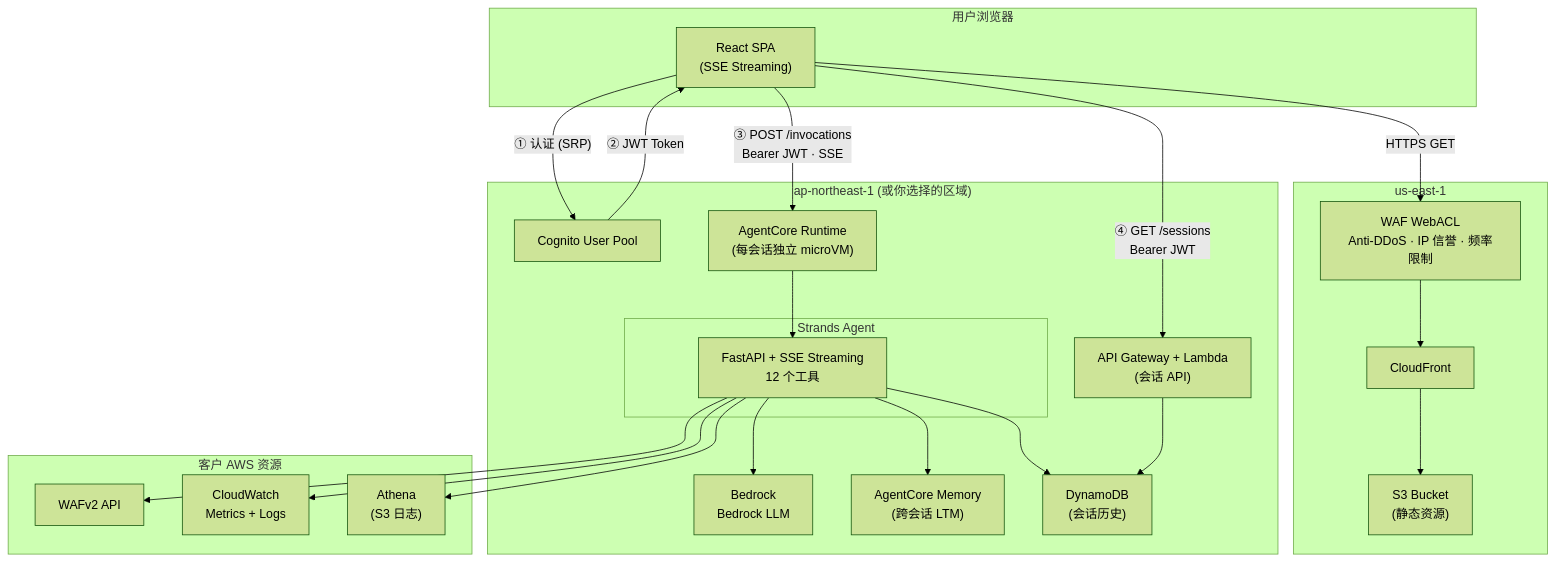
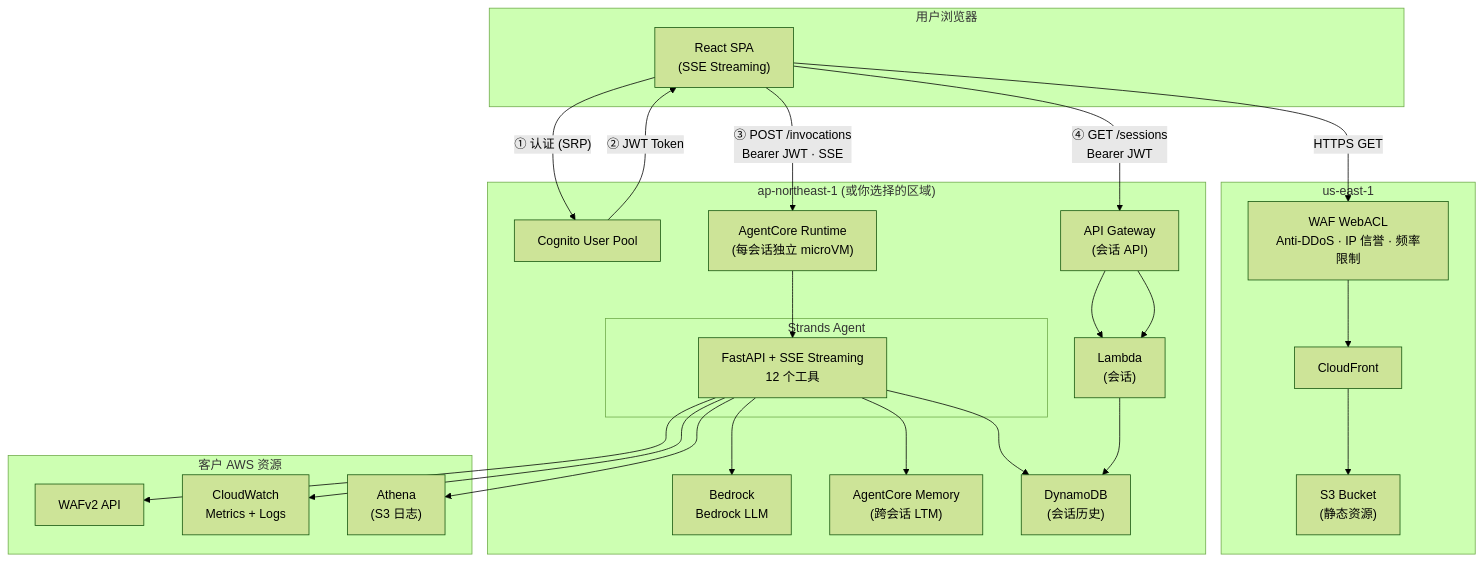
The diagram in README_zh.md (aws-samples/sample-building-a-conversational-ai-agent-for-aws-waf-analysis-with-agentcore), drawn with Mermaid (forest theme) before and after one commit. The commit also changed 2 other files, not shown here.

Commit message:
Docs: separate API Gateway and Lambda into individual icons (drawio + mermaid)

````diff
--- a/README_zh.md
+++ b/README_zh.md
@@ -52,45 +52,47 @@
 ```mermaid
 graph TB
     subgraph User["用户浏览器"]
         SPA["React SPA<br/>(SSE Streaming)"]
     end
 
     subgraph CF["us-east-1"]
         CloudFront["CloudFront"]
         WAF_FE["WAF WebACL<br/>Anti-DDoS · IP 信誉 · 频率限制"]
         S3["S3 Bucket<br/>(静态资源)"]
     end
 
     subgraph Backend["ap-northeast-1 (或你选择的区域)"]
         Cognito["Cognito User Pool"]
         AC["AgentCore Runtime<br/>(每会话独立 microVM)"]
         subgraph Agent["Strands Agent"]
             FastAPI["FastAPI + SSE Streaming<br/>12 个工具"]
         end
         Bedrock["Bedrock<br/>Bedrock LLM"]
         Memory["AgentCore Memory<br/>(跨会话 LTM)"]
         DDB["DynamoDB<br/>(会话历史)"]
-        APIGW["API Gateway + Lambda<br/>(会话 API)"]
+        APIGW["API Gateway<br/>(会话 API)"]
+        Lambda["Lambda<br/>(会话)"]
     end
 
     subgraph AWS["客户 AWS 资源"]
         WAFv2["WAFv2 API"]
         CW["CloudWatch<br/>Metrics + Logs"]
         Athena["Athena<br/>(S3 日志)"]
     end
 
     SPA -->|"HTTPS GET"| WAF_FE
     WAF_FE --> CloudFront --> S3
     SPA -->|"① 认证 (SRP)"| Cognito
     Cognito -->|"② JWT Token"| SPA
     SPA -->|"③ POST /invocations<br/>Bearer JWT · SSE"| AC
     SPA -->|"④ GET /sessions<br/>Bearer JWT"| APIGW
+    APIGW --> Lambda
     AC --> FastAPI
     FastAPI --> Bedrock
     FastAPI --> Memory
     FastAPI --> DDB
-    APIGW --> DDB
+    APIGW --> Lambda --> DDB
     FastAPI --> WAFv2
     FastAPI --> CW
     FastAPI --> Athena
 ```
````
